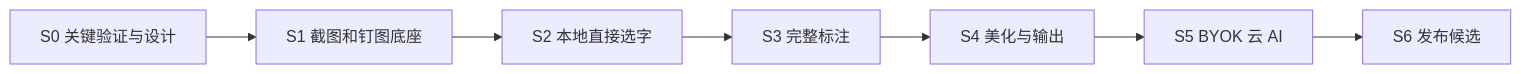
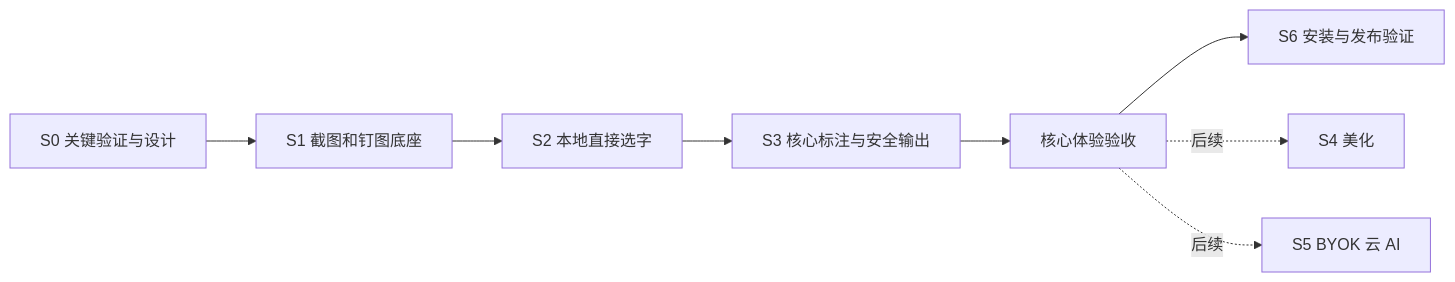
Before and after one commit to chendashi1024/ccShot: the diagram in docs/开发阶段与任务拆解.md, drawn with Mermaid. The commit also changed other lines of this file and 18 other files, not shown here.

````diff
--- a/docs/开发阶段与任务拆解.md
+++ b/docs/开发阶段与任务拆解.md
@@ -11,9 +11,10 @@
 ```mermaid
 flowchart LR
   S0["S0 关键验证与设计"] --> S1["S1 截图和钉图底座"]
   S1 --> S2["S2 本地直接选字"]
-  S2 --> S3["S3 完整标注"]
-  S3 --> S4["S4 美化与输出"]
-  S4 --> S5["S5 BYOK 云 AI"]
-  S5 --> S6["S6 发布候选"]
+  S2 --> S3["S3 核心标注与安全输出"]
+  S3 --> CORE["核心体验验收"]
+  CORE --> S6["S6 安装与发布验证"]
+  CORE -. 后续 .-> S4["S4 美化"]
+  CORE -. 后续 .-> S5["S5 BYOK 云 AI"]
 ```
````
